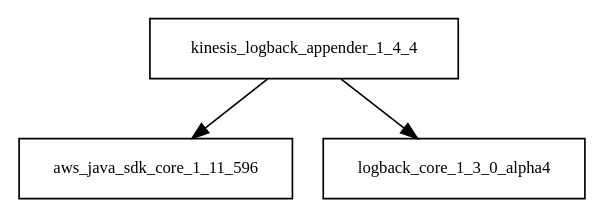
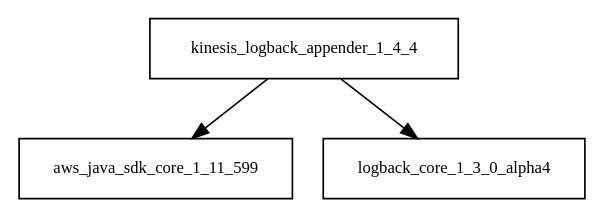
Before and after one commit to Hack23/cia: the diagram in tattleTaleReport/graphviz/kinesis-logback-appender-1.4.4.jar/kinesis-logback-appender-1.4.4.jar.dot, drawn with Graphviz. The commit also changed 2920 other files, not shown here.

```diff
--- a/tattleTaleReport/graphviz/kinesis-logback-appender-1.4.4.jar/kinesis-logback-appender-1.4.4.jar.dot
+++ b/tattleTaleReport/graphviz/kinesis-logback-appender-1.4.4.jar/kinesis-logback-appender-1.4.4.jar.dot
@@ -1,5 +1,5 @@
 digraph kinesis_logback_appender_1_4_4_dependencies {
   node [shape = box, fontsize=10.0];
-  kinesis_logback_appender_1_4_4 -> aws_java_sdk_core_1_11_596;
+  kinesis_logback_appender_1_4_4 -> aws_java_sdk_core_1_11_599;
   kinesis_logback_appender_1_4_4 -> logback_core_1_3_0_alpha4;
 }
```
